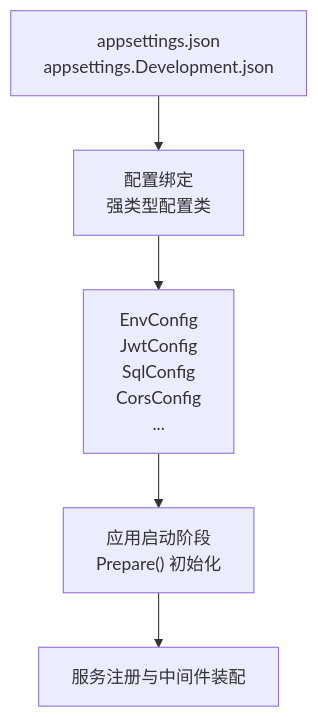
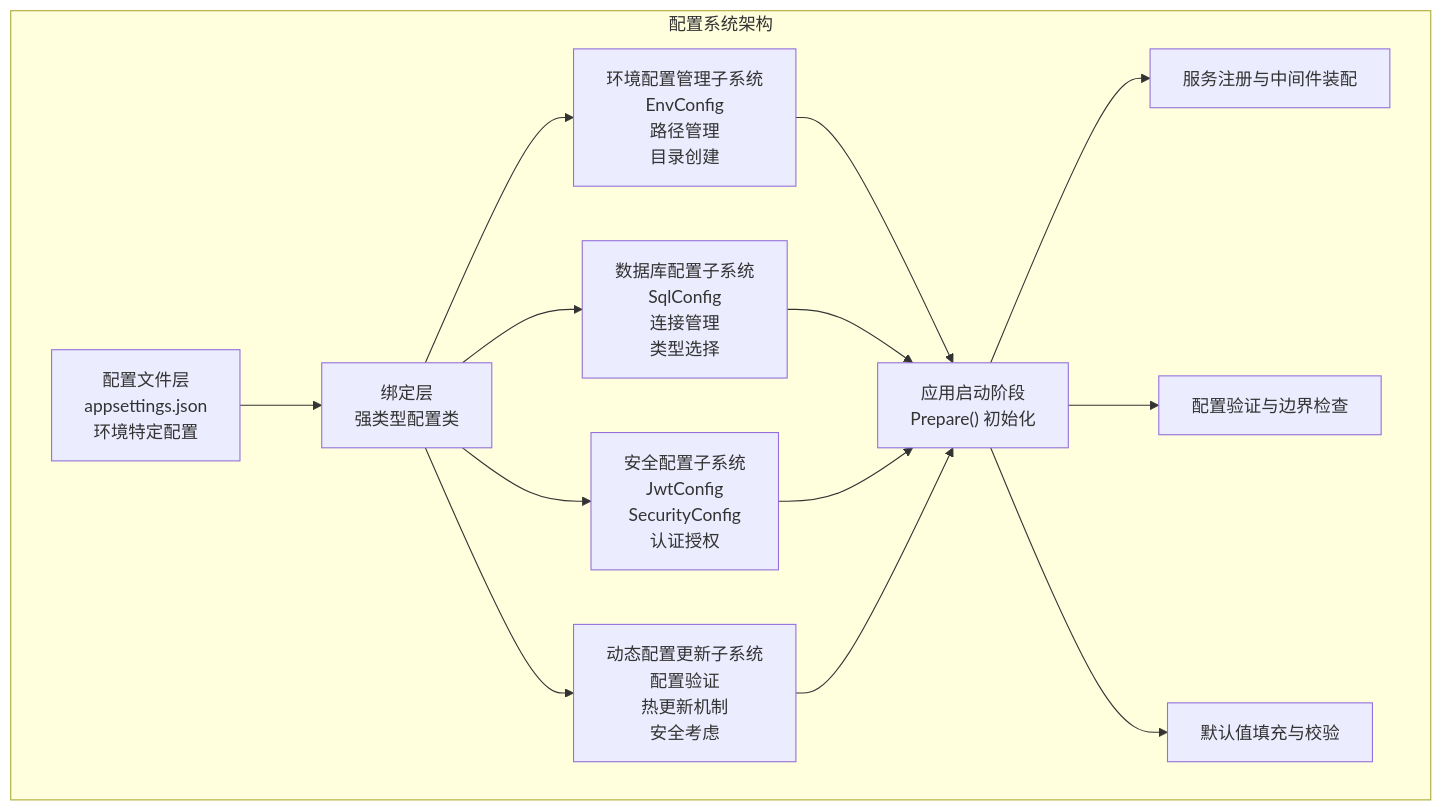
One commit to leadiot/Scm.Net changed the first of 3 diagrams in .qoder/repowiki/zh/content/配置管理系统/配置管理系统.md. Above: the diagram before and after it, drawn with Mermaid. The commit also changed other lines of this file and 126 other files, not shown here.

````diff
--- a/.qoder/repowiki/zh/content/配置管理系统/配置管理系统.md
+++ b/.qoder/repowiki/zh/content/配置管理系统/配置管理系统.md
@@ -40,7 +49,17 @@
 ```mermaid
 graph TB
-A["appsettings.json<br/>appsettings.Development.json"] --> B["配置绑定<br/>强类型配置类"]
-B --> C["EnvConfig<br/>JwtConfig<br/>SqlConfig<br/>CorsConfig<br/>..."]
-C --> D["应用启动阶段<br/>Prepare() 初始化"]
-D --> E["服务注册与中间件装配"]
+subgraph "配置系统架构"
+A["配置文件层<br/>appsettings.json<br/>环境特定配置"] --> B["绑定层<br/>强类型配置类"]
+B --> C["环境配置管理子系统<br/>EnvConfig<br/>路径管理<br/>目录创建"]
+B --> D["数据库配置子系统<br/>SqlConfig<br/>连接管理<br/>类型选择"]
+B --> E["安全配置子系统<br/>JwtConfig<br/>SecurityConfig<br/>认证授权"]
+B --> F["动态配置更新子系统<br/>配置验证<br/>热更新机制<br/>安全考虑"]
+C --> G["应用启动阶段<br/>Prepare() 初始化"]
+D --> G
+E --> G
+F --> G
+G --> H["服务注册与中间件装配"]
+G --> I["配置验证与边界检查"]
+G --> J["默认值填充与校验"]
+end
 ```
````
